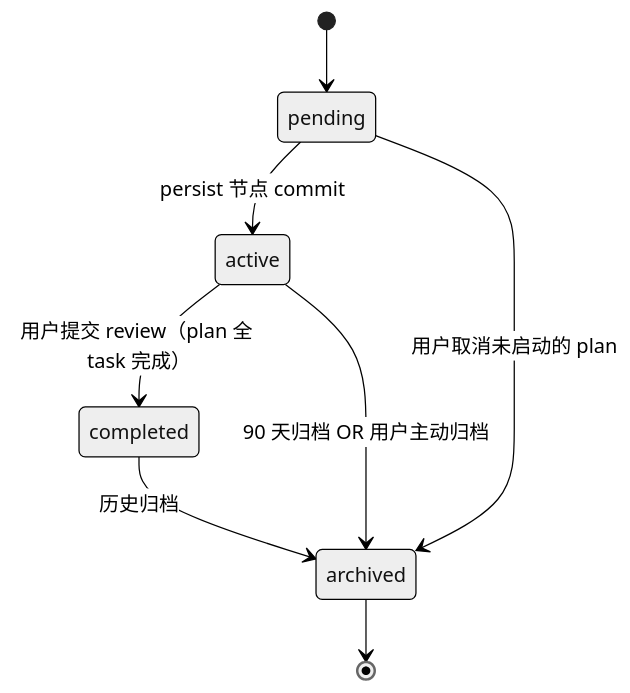
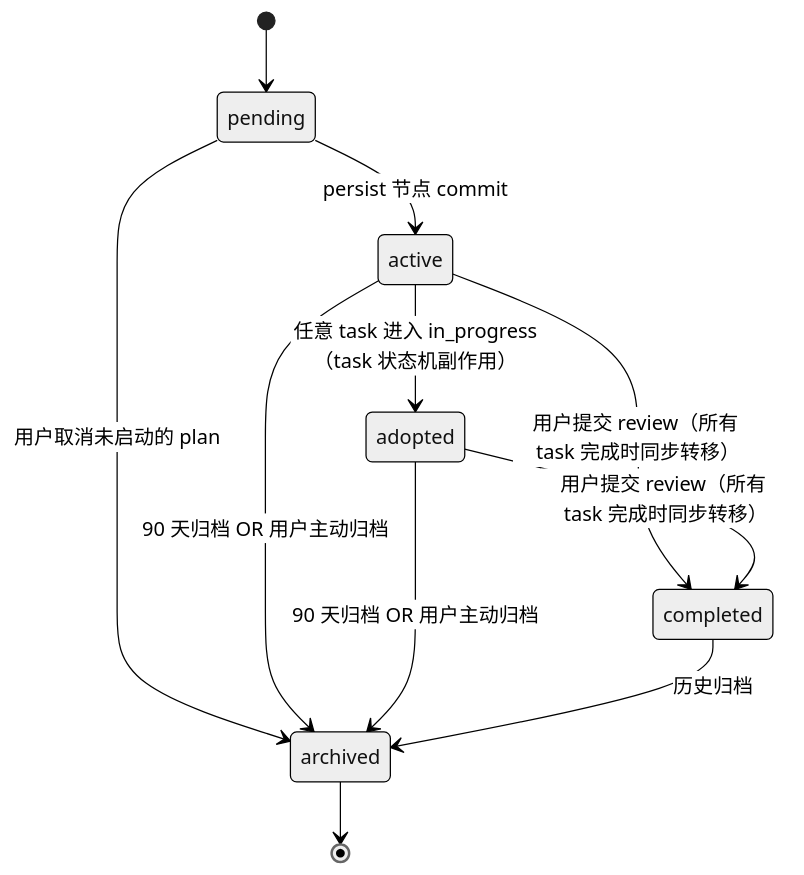
Before and after one commit to lyyjsr/career-planning-buddy: the diagram in docs/model-design/state-machines/plan-status.mmd, drawn with Mermaid (neutral theme). The commit also changed other lines of this file and 82 other files, not shown here.

First line of the commit message:
docs: 补齐 SDD 全套文档（SRS/user-manual/demo/feature-flows/ui-spec/dev API 等）

````diff
--- a/docs/model-design/state-machines/plan-status.mmd
+++ b/docs/model-design/state-machines/plan-status.mmd
@@ -3,10 +3,13 @@
 ```mermaid
 stateDiagram-v2
     [*] --> pending
     pending --> active: persist 节点 commit
-    active --> completed: 用户提交 review（plan 全 task 完成）
+    active --> adopted: 任意 task 进入 in_progress（task 状态机副作用）
+    active --> completed: 用户提交 review（所有 task 完成时同步转移）
+    adopted --> completed: 用户提交 review（所有 task 完成时同步转移）
+    pending --> archived: 用户取消未启动的 plan
     active --> archived: 90 天归档 OR 用户主动归档
-    pending --> archived: 用户取消未启动的 plan
+    adopted --> archived: 90 天归档 OR 用户主动归档
     completed --> archived: 历史归档
     archived --> [*]
 ```
````
